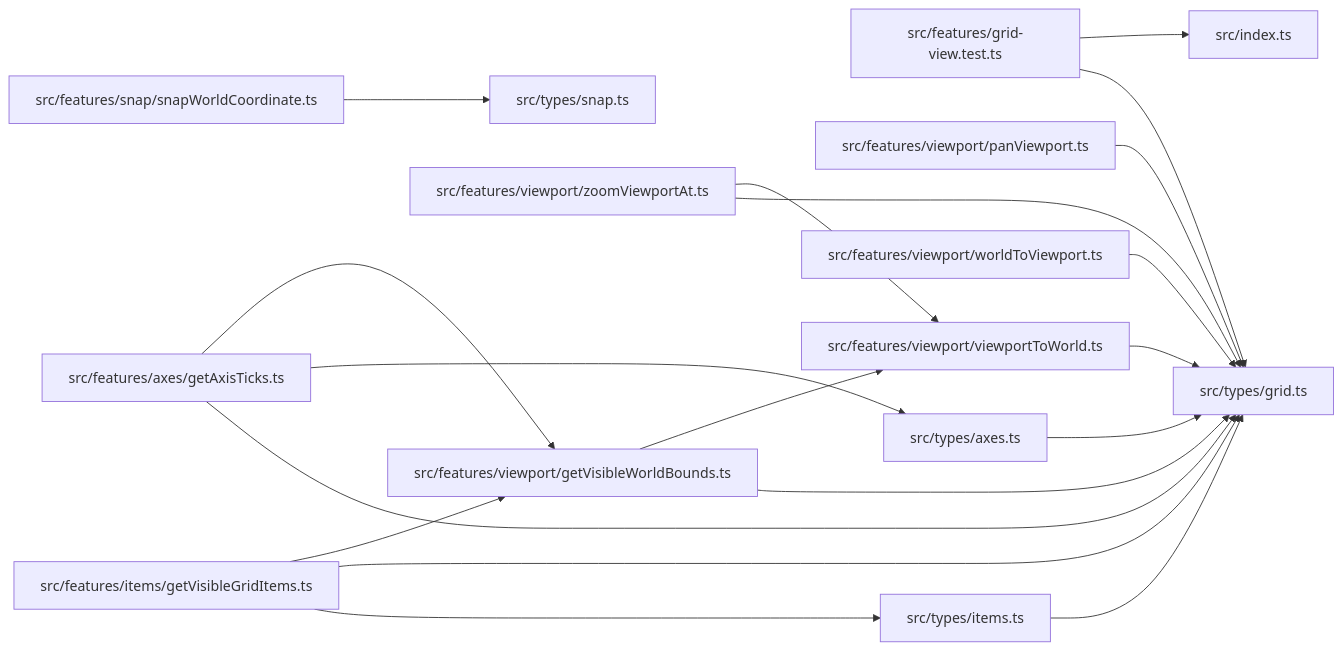
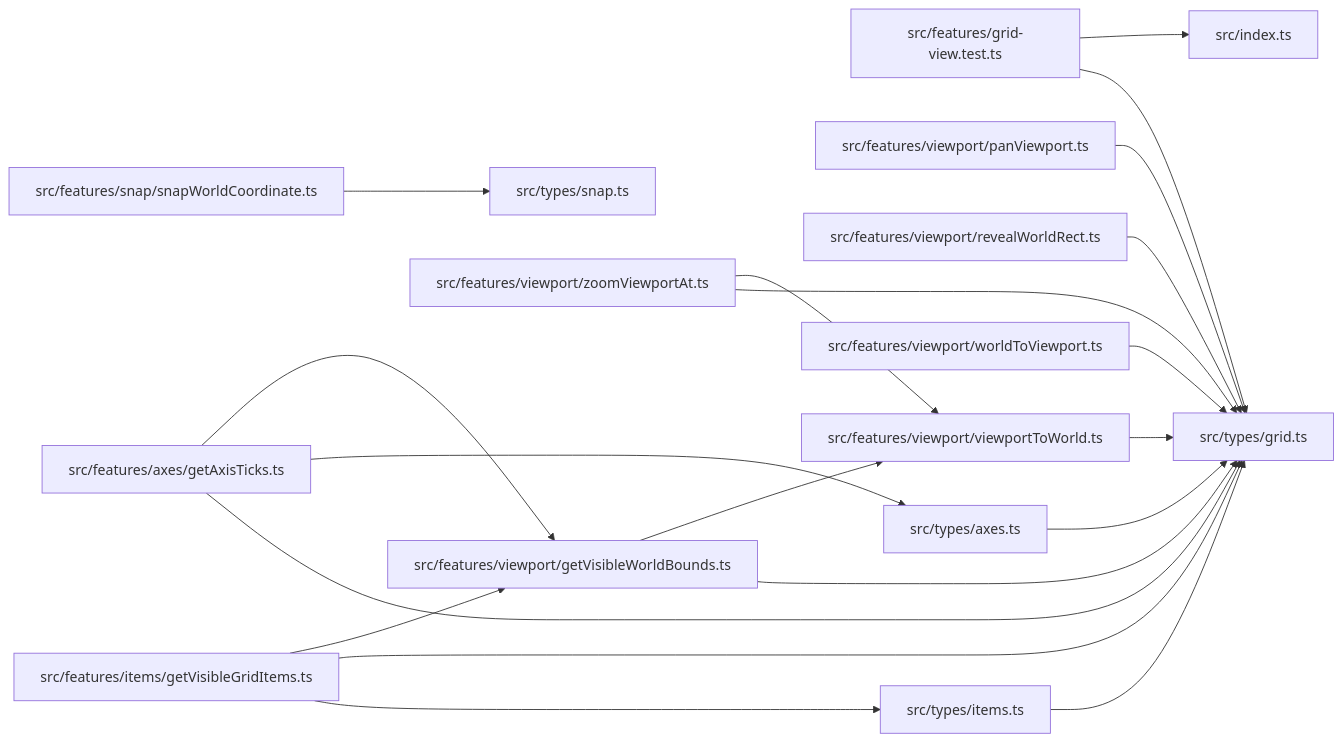
Before and after one commit to ankhorage/grid-view: the diagram in docs/diagrams/module-relationships.mmd, drawn with Mermaid. The commit also changed 13 other files, not shown here.

```diff
--- a/docs/diagrams/module-relationships.mmd
+++ b/docs/diagrams/module-relationships.mmd
@@ -1,33 +1,35 @@
 graph LR
   module_src_features_axes_getAxisTicks_ts["src/features/axes/getAxisTicks.ts"]
   module_src_features_grid_view_test_ts["src/features/grid-view.test.ts"]
   module_src_features_items_getVisibleGridItems_ts["src/features/items/getVisibleGridItems.ts"]
   module_src_features_snap_snapWorldCoordinate_ts["src/features/snap/snapWorldCoordinate.ts"]
   module_src_features_viewport_getVisibleWorldBounds_ts["src/features/viewport/getVisibleWorldBounds.ts"]
   module_src_features_viewport_panViewport_ts["src/features/viewport/panViewport.ts"]
+  module_src_features_viewport_revealWorldRect_ts["src/features/viewport/revealWorldRect.ts"]
   module_src_features_viewport_viewportToWorld_ts["src/features/viewport/viewportToWorld.ts"]
   module_src_features_viewport_worldToViewport_ts["src/features/viewport/worldToViewport.ts"]
   module_src_features_viewport_zoomViewportAt_ts["src/features/viewport/zoomViewportAt.ts"]
   module_src_index_ts["src/index.ts"]
   module_src_types_axes_ts["src/types/axes.ts"]
   module_src_types_grid_ts["src/types/grid.ts"]
   module_src_types_items_ts["src/types/items.ts"]
   module_src_types_snap_ts["src/types/snap.ts"]
   module_src_features_axes_getAxisTicks_ts --> module_src_features_viewport_getVisibleWorldBounds_ts
   module_src_features_axes_getAxisTicks_ts --> module_src_types_axes_ts
   module_src_features_axes_getAxisTicks_ts --> module_src_types_grid_ts
   module_src_features_grid_view_test_ts --> module_src_index_ts
   module_src_features_grid_view_test_ts --> module_src_types_grid_ts
   module_src_features_items_getVisibleGridItems_ts --> module_src_features_viewport_getVisibleWorldBounds_ts
   module_src_features_items_getVisibleGridItems_ts --> module_src_types_grid_ts
   module_src_features_items_getVisibleGridItems_ts --> module_src_types_items_ts
   module_src_features_snap_snapWorldCoordinate_ts --> module_src_types_snap_ts
   module_src_features_viewport_getVisibleWorldBounds_ts --> module_src_features_viewport_viewportToWorld_ts
   module_src_features_viewport_getVisibleWorldBounds_ts --> module_src_types_grid_ts
   module_src_features_viewport_panViewport_ts --> module_src_types_grid_ts
+  module_src_features_viewport_revealWorldRect_ts --> module_src_types_grid_ts
   module_src_features_viewport_viewportToWorld_ts --> module_src_types_grid_ts
   module_src_features_viewport_worldToViewport_ts --> module_src_types_grid_ts
   module_src_features_viewport_zoomViewportAt_ts --> module_src_features_viewport_viewportToWorld_ts
   module_src_features_viewport_zoomViewportAt_ts --> module_src_types_grid_ts
   module_src_types_axes_ts --> module_src_types_grid_ts
   module_src_types_items_ts --> module_src_types_grid_ts
```
